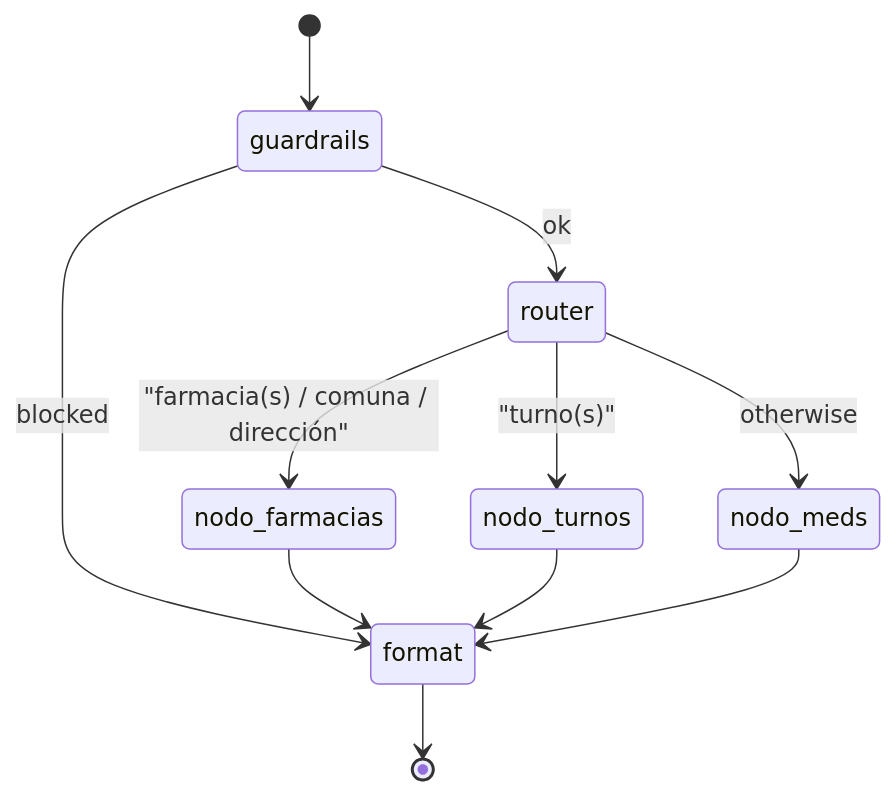
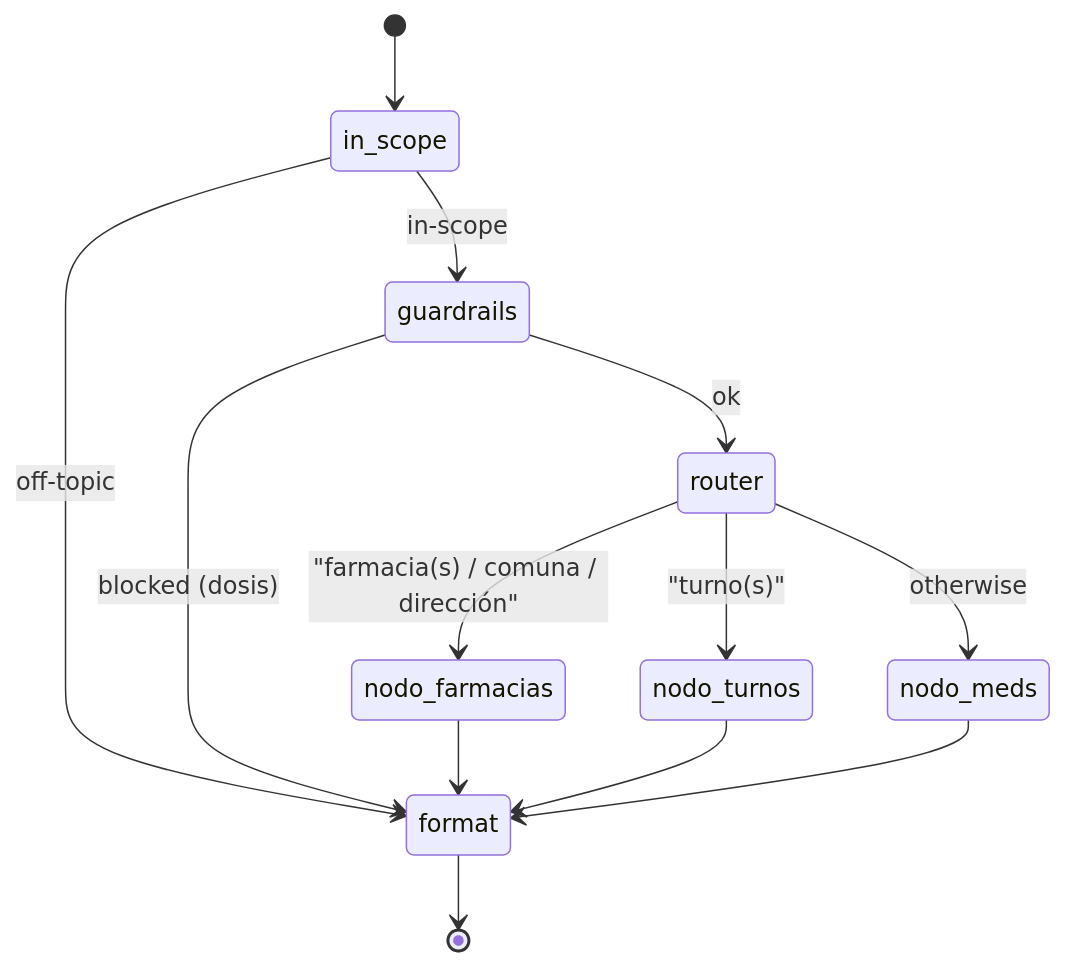
Before and after one commit to lastra00/medical-assistant: the second of 4 diagrams in med_agent/README.md, drawn with Mermaid. The commit also changed other lines of this file and 1 other file, not shown here.

````diff
--- a/med_agent/README.md
+++ b/med_agent/README.md
@@ -89,13 +92,15 @@
 ```mermaid
 stateDiagram-v2
-  [*] --> guardrails
-  guardrails --> format: blocked
+  [*] --> in_scope
+  in_scope --> format: off-topic
+  in_scope --> guardrails: in-scope
+  guardrails --> format: blocked (dosis)
   guardrails --> router: ok
   router --> nodo_farmacias: "farmacia(s) / comuna / dirección"
   router --> nodo_turnos: "turno(s)"
   router --> nodo_meds: otherwise
   nodo_farmacias --> format
   nodo_turnos --> format
   nodo_meds --> format
   format --> [*]
 ```
````
